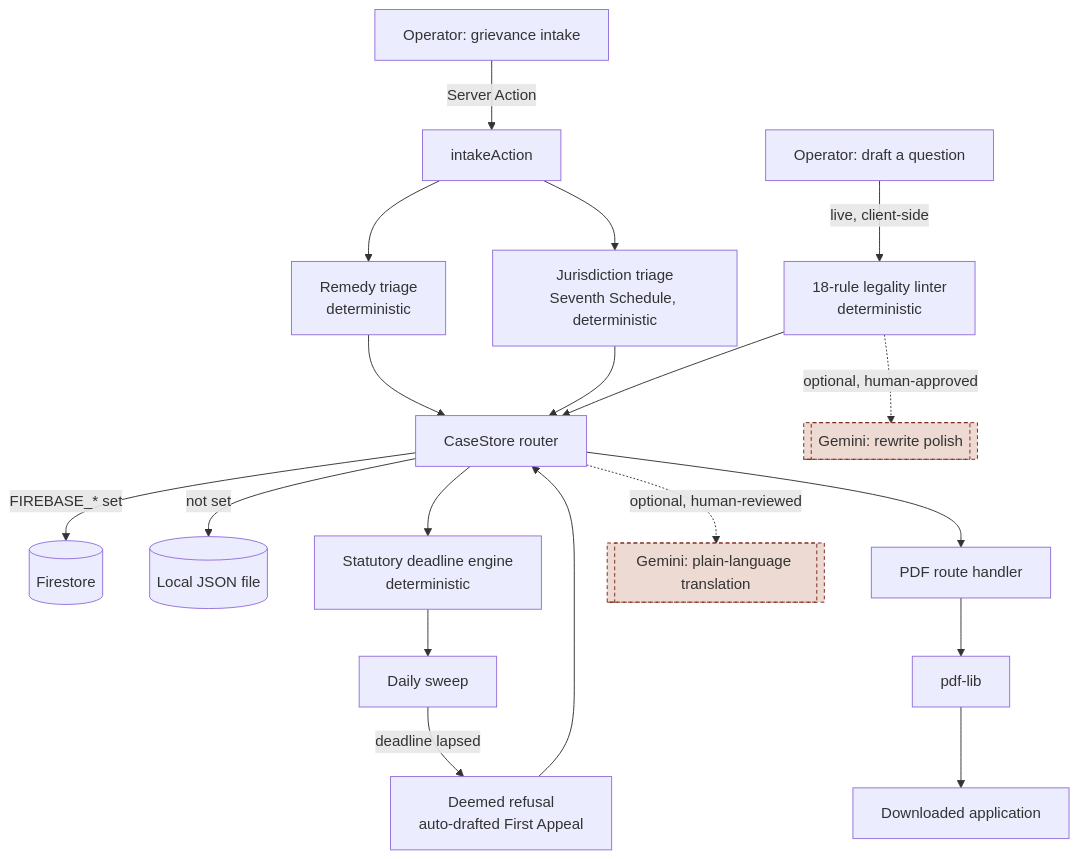
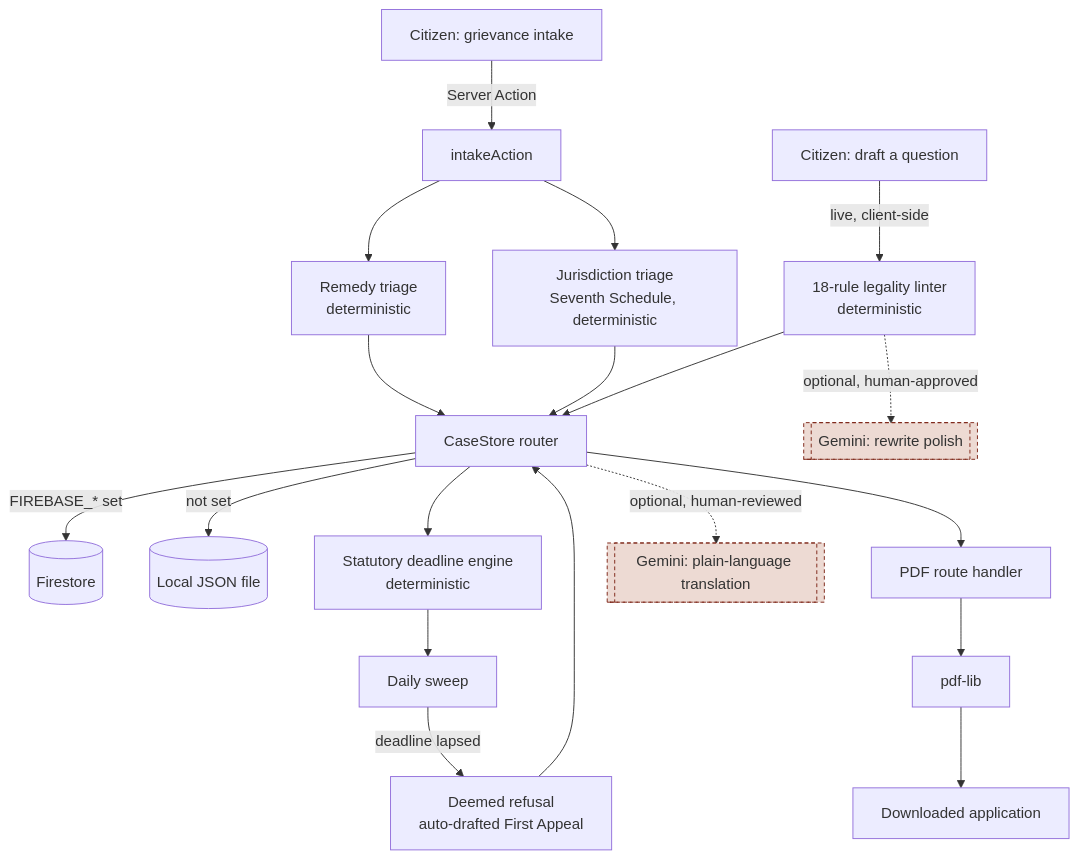
The second of 3 diagrams in README.md (harshkawatra11/Adhikaar-OOSC), drawn with Mermaid before and after one commit. The commit also changed other lines of this file and 7 other files, not shown here.

````diff
--- a/README.md
+++ b/README.md
@@ -105,28 +119,28 @@
 ```mermaid
 graph TD
-    A[Operator: grievance intake] -->|Server Action| B[intakeAction]
+    A[Citizen: grievance intake] -->|Server Action| B[intakeAction]
     B --> C[Remedy triage<br/>deterministic]
     B --> D[Jurisdiction triage<br/>Seventh Schedule, deterministic]
     C --> E[CaseStore router]
     D --> E
     E -->|FIREBASE_* set| F[(Firestore)]
     E -->|not set| G[(Local JSON file)]
 
-    H[Operator: draft a question] -->|live, client-side| I[18-rule legality linter<br/>deterministic]
+    H[Citizen: draft a question] -->|live, client-side| I[18-rule legality linter<br/>deterministic]
     I --> E
 
     E --> J[Statutory deadline engine<br/>deterministic]
     J --> K[Daily sweep]
     K -->|deadline lapsed| L[Deemed refusal<br/>auto-drafted First Appeal]
     L --> E
 
     E --> M[PDF route handler]
     M --> N[pdf-lib]
     N --> O[Downloaded application]
 
     I -. optional, human-approved .-> P[[Gemini: rewrite polish]]
     E -. optional, human-reviewed .-> Q[[Gemini: plain-language translation]]
 
     style P fill:#eddad3,stroke:#7c2415,stroke-dasharray: 4 3
     style Q fill:#eddad3,stroke:#7c2415,stroke-dasharray: 4 3
 ```
````
